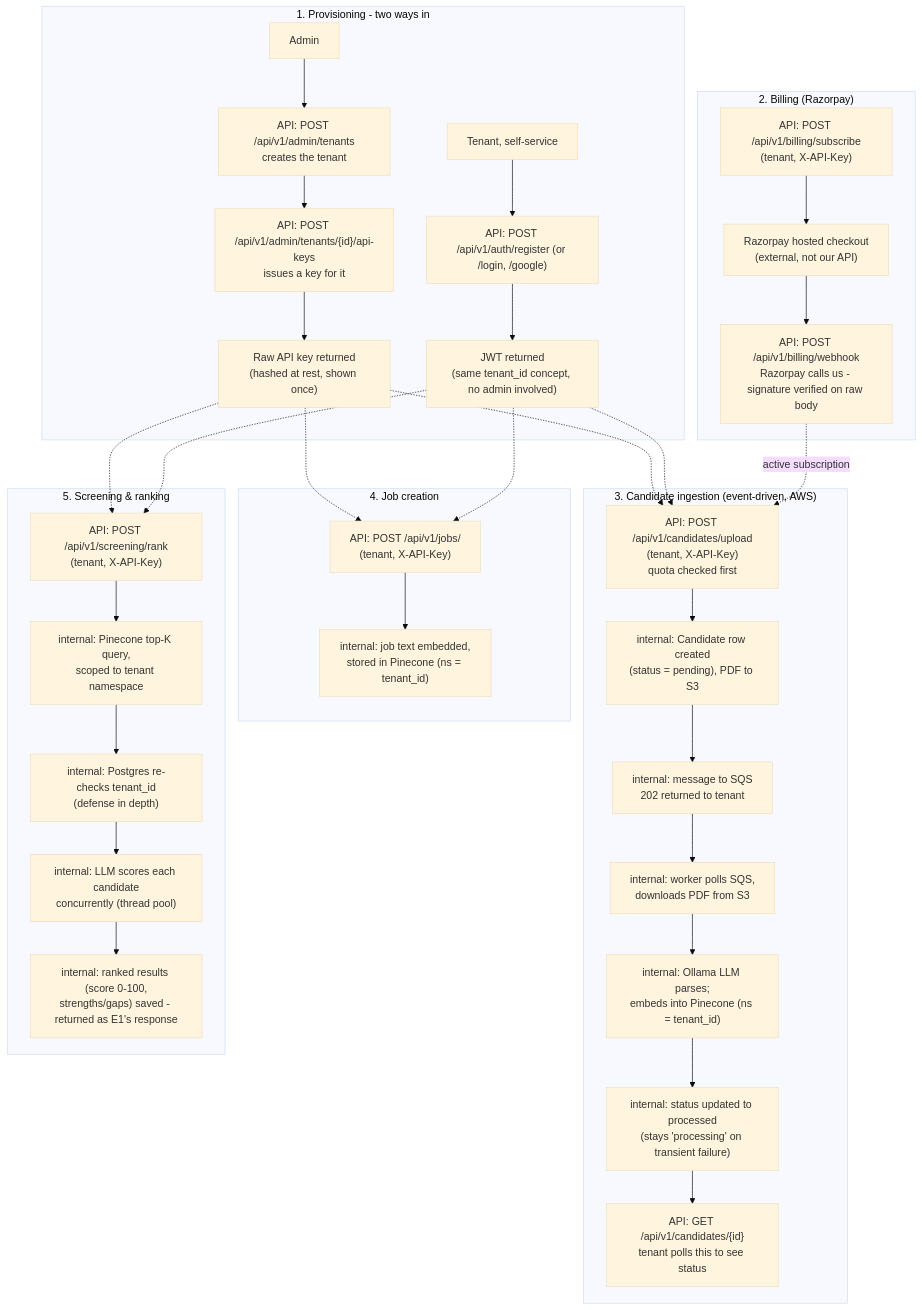
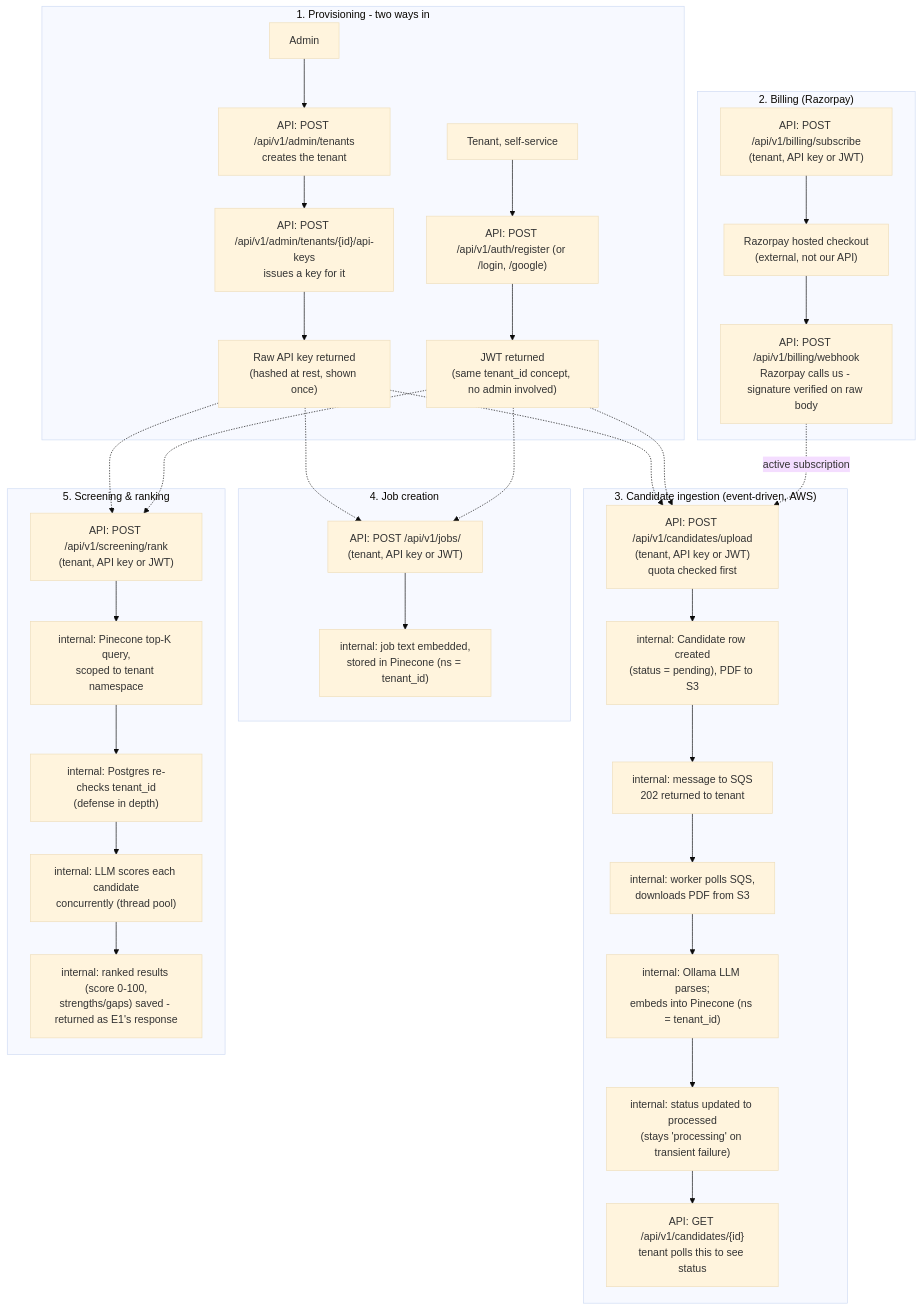
One commit to LakshyaTecno/resume-screening-service changed the first of 3 diagrams in README.md. Above: the diagram before and after it, drawn with Mermaid (base theme).

Commit message:
Update unified flow diagram labels for API key or JWT auth
The four downstream stages (billing, ingestion, job creation, ranking)
still said X-API-Key only, predating require_tenant - each route
accepts either an API key or a JWT equally now.

````diff
--- a/README.md
+++ b/README.md
@@ -11,43 +11,43 @@
 ```mermaid
 flowchart TD
     subgraph Provisioning["1. Provisioning - two ways in"]
         A1["Admin"] --> A2["API: POST /api/v1/admin/tenants<br/>creates the tenant"]
         A2 --> A3["API: POST /api/v1/admin/tenants/{id}/api-keys<br/>issues a key for it"]
         A3 --> A4["Raw API key returned<br/>(hashed at rest, shown once)"]
         A5["Tenant, self-service"] --> A6["API: POST /api/v1/auth/register (or /login, /google)"]
         A6 --> A7["JWT returned<br/>(same tenant_id concept, no admin involved)"]
     end
 
     subgraph Billing["2. Billing (Razorpay)"]
-        B1["API: POST /api/v1/billing/subscribe<br/>(tenant, X-API-Key)"] --> B2["Razorpay hosted checkout<br/>(external, not our API)"]
+        B1["API: POST /api/v1/billing/subscribe<br/>(tenant, API key or JWT)"] --> B2["Razorpay hosted checkout<br/>(external, not our API)"]
         B2 --> B3["API: POST /api/v1/billing/webhook<br/>Razorpay calls us - signature verified on raw body"]
     end
 
     subgraph Ingestion["3. Candidate ingestion (event-driven, AWS)"]
-        C1["API: POST /api/v1/candidates/upload<br/>(tenant, X-API-Key)<br/>quota checked first"] --> C2["internal: Candidate row created<br/>(status = pending), PDF to S3"]
+        C1["API: POST /api/v1/candidates/upload<br/>(tenant, API key or JWT)<br/>quota checked first"] --> C2["internal: Candidate row created<br/>(status = pending), PDF to S3"]
         C2 --> C3["internal: message to SQS<br/>202 returned to tenant"]
         C3 --> C4["internal: worker polls SQS,<br/>downloads PDF from S3"]
         C4 --> C5["internal: Ollama LLM parses;<br/>embeds into Pinecone (ns = tenant_id)"]
         C5 --> C6["internal: status updated to processed<br/>(stays 'processing' on transient failure)"]
         C6 --> C7["API: GET /api/v1/candidates/{id}<br/>tenant polls this to see status"]
     end
 
     subgraph JobCreation["4. Job creation"]
-        D1["API: POST /api/v1/jobs/<br/>(tenant, X-API-Key)"] --> D2["internal: job text embedded,<br/>stored in Pinecone (ns = tenant_id)"]
+        D1["API: POST /api/v1/jobs/<br/>(tenant, API key or JWT)"] --> D2["internal: job text embedded,<br/>stored in Pinecone (ns = tenant_id)"]
     end
 
     subgraph Ranking["5. Screening & ranking"]
-        E1["API: POST /api/v1/screening/rank<br/>(tenant, X-API-Key)"] --> E2["internal: Pinecone top-K query,<br/>scoped to tenant namespace"]
+        E1["API: POST /api/v1/screening/rank<br/>(tenant, API key or JWT)"] --> E2["internal: Pinecone top-K query,<br/>scoped to tenant namespace"]
         E2 --> E3["internal: Postgres re-checks tenant_id<br/>(defense in depth)"]
         E3 --> E4["internal: LLM scores each candidate<br/>concurrently (thread pool)"]
         E4 --> E5["internal: ranked results (score 0-100,<br/>strengths/gaps) saved - returned as E1's response"]
     end
 
     A4 -.-> C1
     A4 -.-> D1
     A4 -.-> E1
     A7 -.-> C1
     A7 -.-> D1
     A7 -.-> E1
     B3 -.->|active subscription| C1
 ```
````
